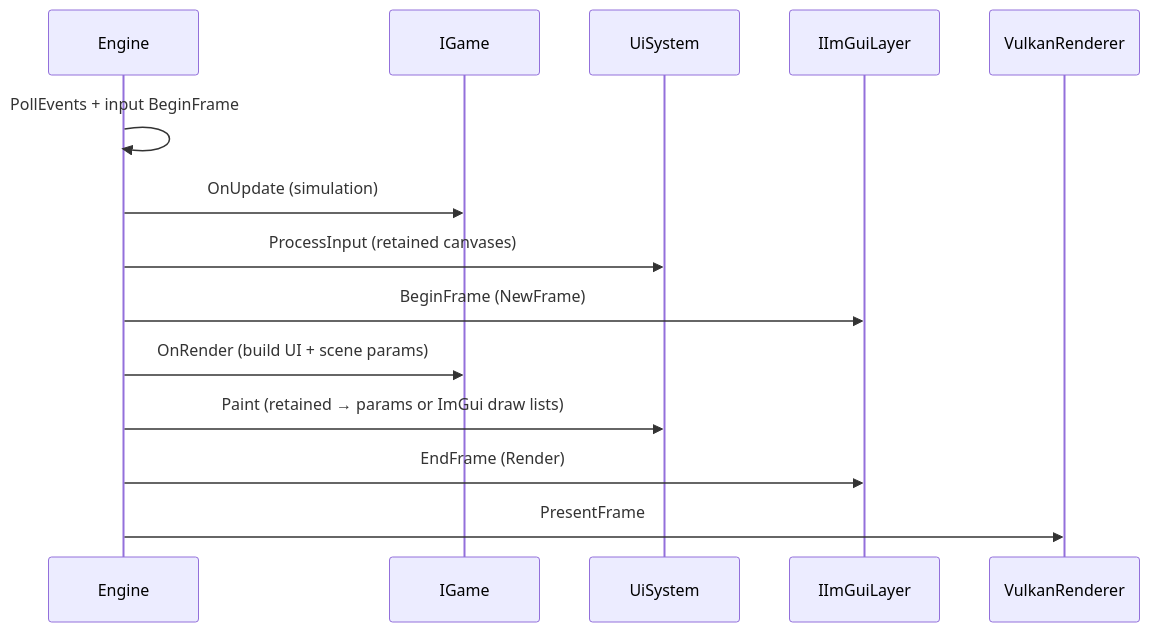
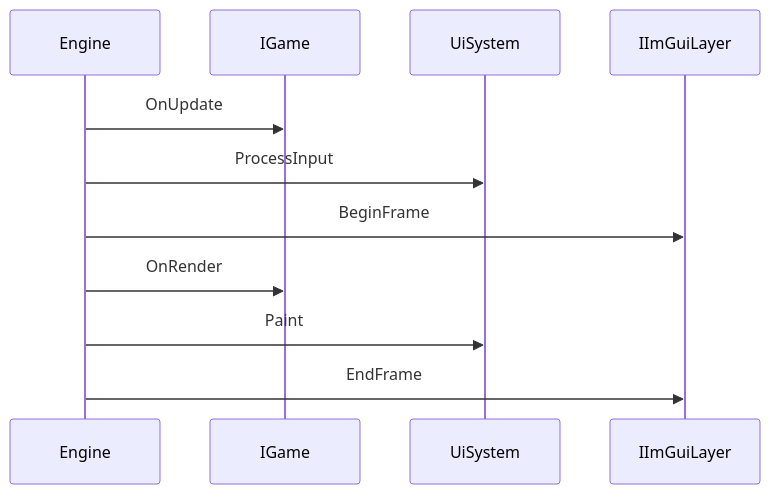
The second of 2 diagrams in docs/programming-guide/1-overview-architecture/08-ui-and-toolkits.md (hoihky/spark), drawn with Mermaid before and after one commit. The commit also changed other lines of this file and 232 other files, not shown here.

````diff
--- a/docs/programming-guide/1-overview-architecture/08-ui-and-toolkits.md
+++ b/docs/programming-guide/1-overview-architecture/08-ui-and-toolkits.md
@@ -156,16 +191,13 @@
 ```mermaid
 sequenceDiagram
     participant E as Engine
     participant G as IGame
     participant U as UiSystem
     participant I as IImGuiLayer
-    participant V as VulkanRenderer
-    E->>E: PollEvents + input BeginFrame
-    E->>G: OnUpdate (simulation)
-    E->>U: ProcessInput (retained canvases)
-    E->>I: BeginFrame (NewFrame)
-    E->>G: OnRender (build UI + scene params)
-    E->>U: Paint (retained → params or ImGui draw lists)
-    E->>I: EndFrame (Render)
-    E->>V: PresentFrame
+    E->>G: OnUpdate
+    E->>U: ProcessInput
+    E->>I: BeginFrame
+    E->>G: OnRender
+    E->>U: Paint
+    E->>I: EndFrame
 ```
````
